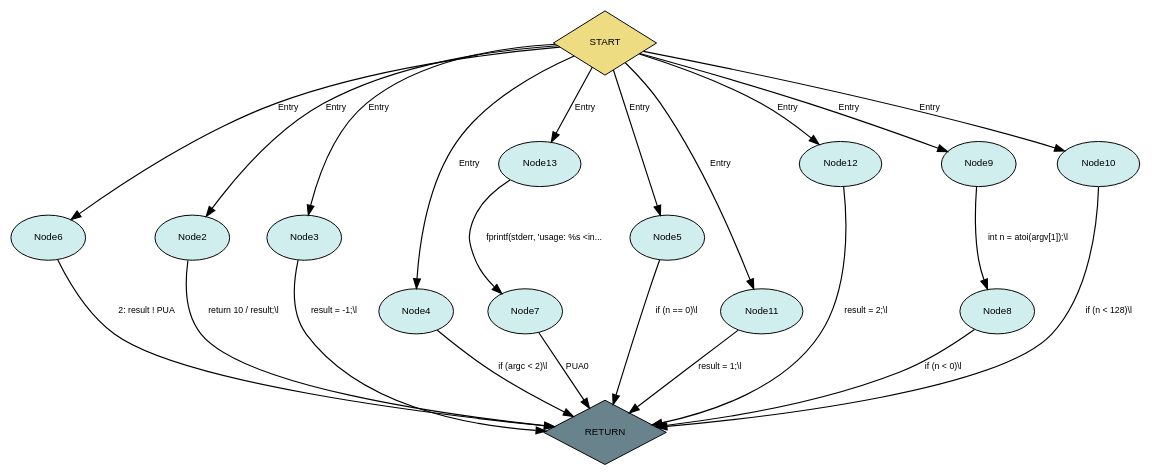
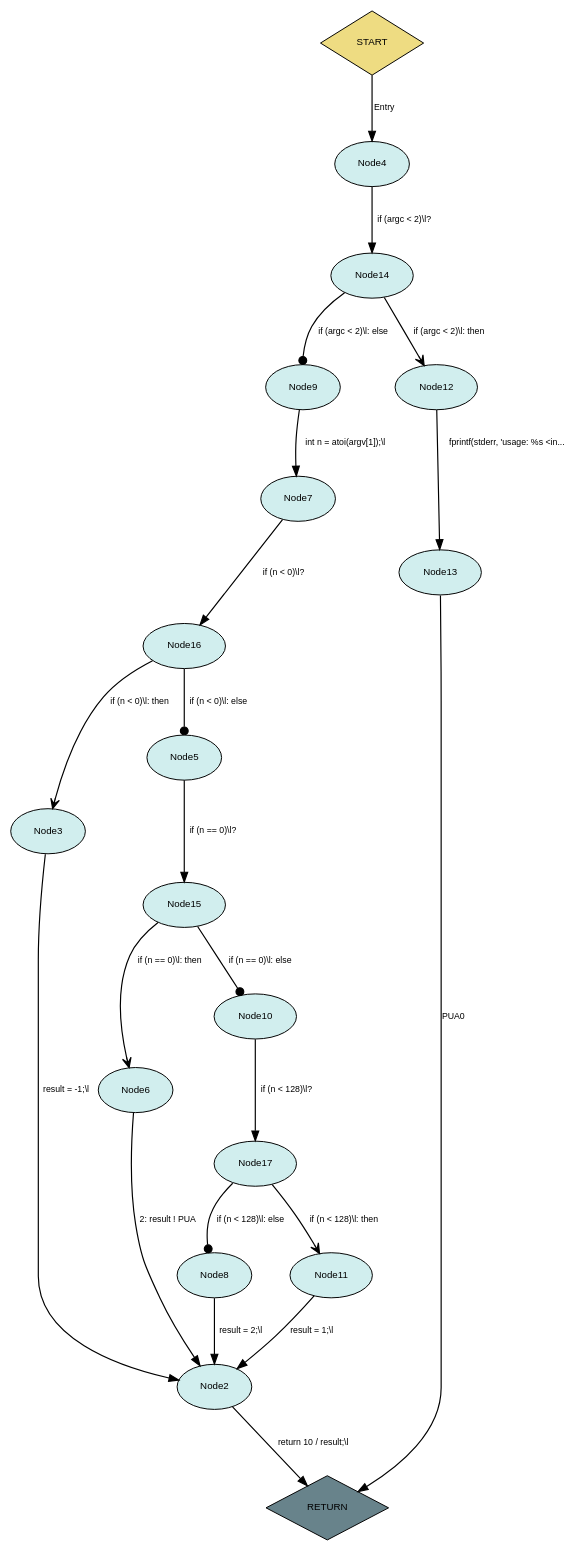
Before and after one commit to FelicitasGarcia/MimicryMonitor: the diagram in exampleFiles/dots/llvmBasedResults/PUA_CFG_DOT.dot, drawn with Graphviz. The commit also changed 34 other files, not shown here.

```diff
--- a/exampleFiles/dots/llvmBasedResults/PUA_CFG_DOT.dot
+++ b/exampleFiles/dots/llvmBasedResults/PUA_CFG_DOT.dot
@@ -1,46 +1,49 @@
 digraph CFG {
   rankdir=TB; // Top to bottom layout
   rank=min;
   nodesep=0.5; // Increase node separation
   ranksep=0.8; // Increase rank separation
 edge [curvature=0.3];  node [fontname="Helvetica", fontsize=10];
   edge [fontname="Helvetica", fontsize=9];
 
   6 [label="Node6", style=filled, fillcolor="lightcyan2", shape=ellipse, margin="0.15,0.15"];
   0 [label="START", style=filled, fillcolor="lightgoldenrod2", shape=diamond, margin="0.15,0.15"];
+  13 [label="Node13", style=filled, fillcolor="lightcyan2", shape=ellipse, margin="0.15,0.15"];
   1 [label="RETURN", style=filled, fillcolor="lightblue4", shape=diamond, margin="0.15,0.15"];
   2 [label="Node2", style=filled, fillcolor="lightcyan2", shape=ellipse, margin="0.15,0.15"];
   3 [label="Node3", style=filled, fillcolor="lightcyan2", shape=ellipse, margin="0.15,0.15"];
+  14 [label="Node14", style=filled, fillcolor="lightcyan2", shape=ellipse, margin="0.15,0.15"];
+  16 [label="Node16", style=filled, fillcolor="lightcyan2", shape=ellipse, margin="0.15,0.15"];
+  17 [label="Node17", style=filled, fillcolor="lightcyan2", shape=ellipse, margin="0.15,0.15"];
   4 [label="Node4", style=filled, fillcolor="lightcyan2", shape=ellipse, margin="0.15,0.15"];
-  13 [label="Node13", style=filled, fillcolor="lightcyan2", shape=ellipse, margin="0.15,0.15"];
   5 [label="Node5", style=filled, fillcolor="lightcyan2", shape=ellipse, margin="0.15,0.15"];
   7 [label="Node7", style=filled, fillcolor="lightcyan2", shape=ellipse, margin="0.15,0.15"];
+  8 [label="Node8", style=filled, fillcolor="lightcyan2", shape=ellipse, margin="0.15,0.15"];
+  9 [label="Node9", style=filled, fillcolor="lightcyan2", shape=ellipse, margin="0.15,0.15"];
   11 [label="Node11", style=filled, fillcolor="lightcyan2", shape=ellipse, margin="0.15,0.15"];
-  8 [label="Node8", style=filled, fillcolor="lightcyan2", shape=ellipse, margin="0.15,0.15"];
+  10 [label="Node10", style=filled, fillcolor="lightcyan2", shape=ellipse, margin="0.15,0.15"];
   12 [label="Node12", style=filled, fillcolor="lightcyan2", shape=ellipse, margin="0.15,0.15"];
-  9 [label="Node9", style=filled, fillcolor="lightcyan2", shape=ellipse, margin="0.15,0.15"];
-  10 [label="Node10", style=filled, fillcolor="lightcyan2", shape=ellipse, margin="0.15,0.15"];
+  15 [label="Node15", style=filled, fillcolor="lightcyan2", shape=ellipse, margin="0.15,0.15"];
 
   0 -> 4 [label="Entry", id=16, arrowhead=normal, penwidth=1.2];
-  4 -> 1 [label="if (argc \< 2)\\l", id=16, arrowhead=normal, penwidth=1.2];
-  0 -> 13 [label="Entry", id=18, arrowhead=normal, penwidth=1.2];
-  13 -> 7 [label="fprintf(stderr, 'usage: %s \<in...", id=18, arrowhead=normal, penwidth=1.2];
-  7 -> 1 [label="PUA0", id=19, arrowhead=normal, penwidth=1.2];
-  0 -> 9 [label="Entry", id=21, arrowhead=normal, penwidth=1.2];
-  9 -> 8 [label="int n = atoi(argv[1]);\\l", id=21, arrowhead=normal, penwidth=1.2];
-  8 -> 1 [label="if (n \< 0)\\l", id=23, arrowhead=normal, penwidth=1.2];
-  0 -> 3 [label="Entry", id=24, arrowhead=normal, penwidth=1.2];
-  3 -> 1 [label="result = -1;\\l", id=24, arrowhead=normal, penwidth=1.2];
-  0 -> 5 [label="Entry", id=25, arrowhead=normal, penwidth=1.2];
-  5 -> 1 [label="if (n == 0)\\l", id=25, arrowhead=normal, penwidth=1.2];
-  0 -> 6 [label="Entry", id=26, arrowhead=normal, penwidth=1.2];
-  6 -> 1 [label="2: result ! PUA", id=26, arrowhead=normal, penwidth=1.2];
-  0 -> 10 [label="Entry", id=27, arrowhead=normal, penwidth=1.2];
-  10 -> 1 [label="if (n \< 128)\\l", id=27, arrowhead=normal, penwidth=1.2];
-  0 -> 11 [label="Entry", id=28, arrowhead=normal, penwidth=1.2];
-  11 -> 1 [label="result = 1;\\l", id=28, arrowhead=normal, penwidth=1.2];
-  0 -> 12 [label="Entry", id=30, arrowhead=normal, penwidth=1.2];
-  12 -> 1 [label="result = 2;\\l", id=30, arrowhead=normal, penwidth=1.2];
-  0 -> 2 [label="Entry", id=31, arrowhead=normal, penwidth=1.2];
+  4 -> 14 [label="if (argc \< 2)\\l?", id=16, arrowhead=normal, penwidth=1.2];
+  14 -> 12 [label="if (argc \< 2)\\l: then", id=16, arrowhead=vee, penwidth=1.2];
+  14 -> 9 [label="if (argc \< 2)\\l: else", id=16, arrowhead=dot, penwidth=1.2];
+  12 -> 13 [label="fprintf(stderr, 'usage: %s \<in...", id=18, arrowhead=normal, penwidth=1.2];
+  13 -> 1 [label="PUA0", id=19, arrowhead=normal, penwidth=1.2];
+  9 -> 7 [label="int n = atoi(argv[1]);\\l", id=21, arrowhead=normal, penwidth=1.2];
+  7 -> 16 [label="if (n \< 0)\\l?", id=23, arrowhead=normal, penwidth=1.2];
+  16 -> 3 [label="if (n \< 0)\\l: then", id=23, arrowhead=vee, penwidth=1.2];
+  16 -> 5 [label="if (n \< 0)\\l: else", id=23, arrowhead=dot, penwidth=1.2];
+  3 -> 2 [label="result = -1;\\l", id=24, arrowhead=normal, penwidth=1.2];
+  5 -> 15 [label="if (n == 0)\\l?", id=25, arrowhead=normal, penwidth=1.2];
+  15 -> 6 [label="if (n == 0)\\l: then", id=25, arrowhead=vee, penwidth=1.2];
+  15 -> 10 [label="if (n == 0)\\l: else", id=25, arrowhead=dot, penwidth=1.2];
+  6 -> 2 [label="2: result ! PUA", id=26, arrowhead=normal, penwidth=1.2];
+  10 -> 17 [label="if (n \< 128)\\l?", id=27, arrowhead=normal, penwidth=1.2];
+  17 -> 11 [label="if (n \< 128)\\l: then", id=27, arrowhead=vee, penwidth=1.2];
+  17 -> 8 [label="if (n \< 128)\\l: else", id=27, arrowhead=dot, penwidth=1.2];
+  11 -> 2 [label="result = 1;\\l", id=28, arrowhead=normal, penwidth=1.2];
+  8 -> 2 [label="result = 2;\\l", id=30, arrowhead=normal, penwidth=1.2];
   2 -> 1 [label="return 10 / result;\\l", id=31, arrowhead=normal, penwidth=1.2];
 }
```
